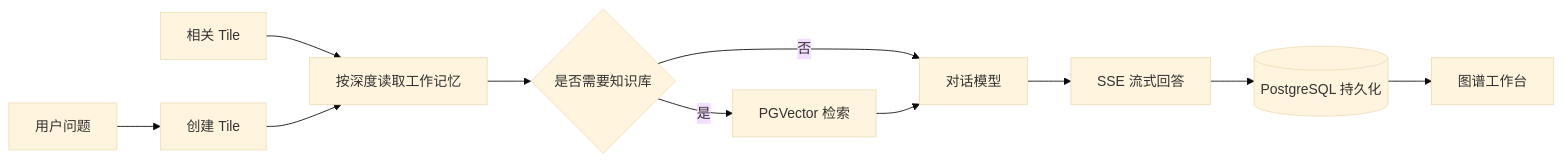
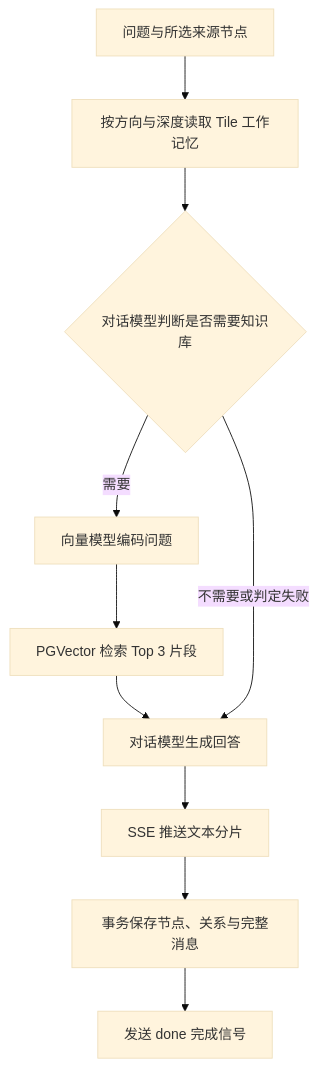
Before and after one commit to Franktan060414/aureli-context-graph: the diagram in README.md, drawn with Mermaid (base theme). The commit also changed other lines of this file and 548 other files, not shown here.

````diff
--- a/README.md
+++ b/README.md
@@ -21,13 +62,12 @@
 ```mermaid
-flowchart LR
-    U[用户问题] --> T[创建 Tile]
-    R[相关 Tile] --> M[按深度读取工作记忆]
-    T --> M
-    M --> D{是否需要知识库}
-    D -- 否 --> L[对话模型]
-    D -- 是 --> V[PGVector 检索]
-    V --> L
-    L --> S[SSE 流式回答]
-    S --> P[(PostgreSQL 持久化)]
-    P --> G[图谱工作台]
+flowchart TD
+    A[问题与所选来源节点] --> B[按方向与深度读取 Tile 工作记忆]
+    B --> C{对话模型判断是否需要知识库}
+    C -- 需要 --> D[向量模型编码问题]
+    D --> E[PGVector 检索 Top 3 片段]
+    E --> F[对话模型生成回答]
+    C -- 不需要或判定失败 --> F
+    F --> G[SSE 推送文本分片]
+    G --> H[事务保存节点、关系与完整消息]
+    H --> I[发送 done 完成信号]
 ```
````
